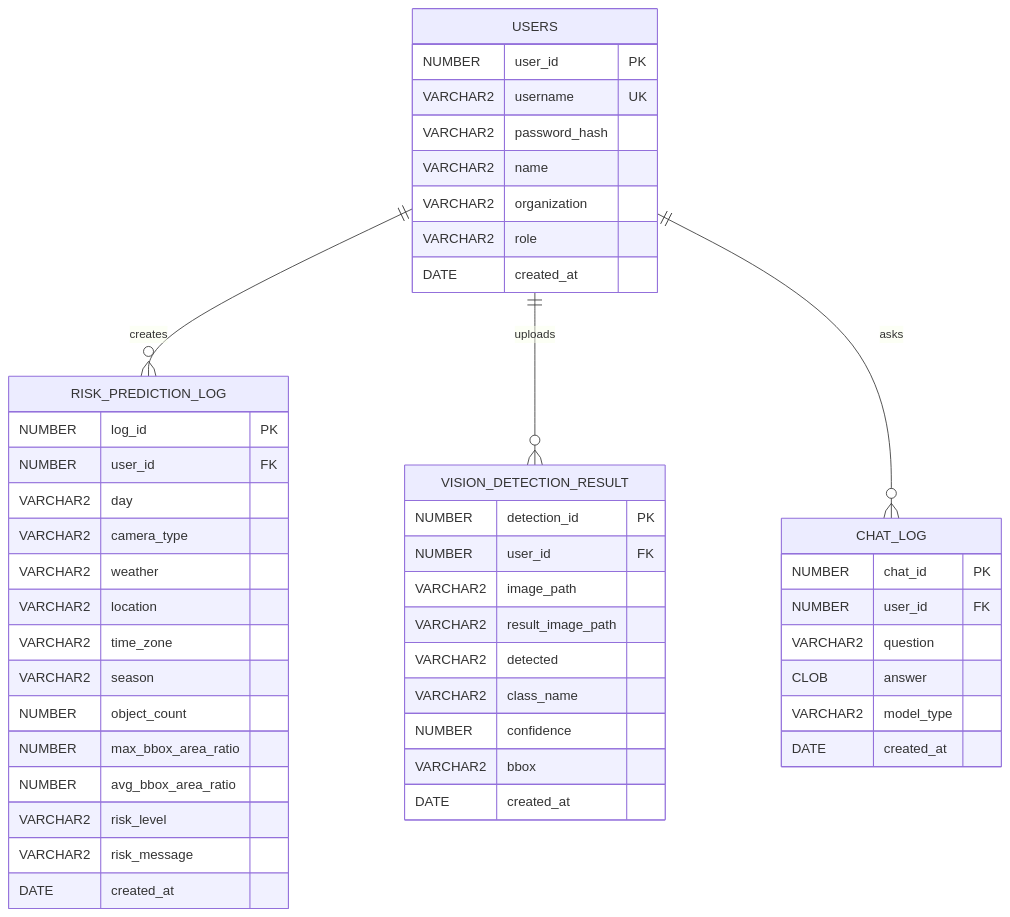
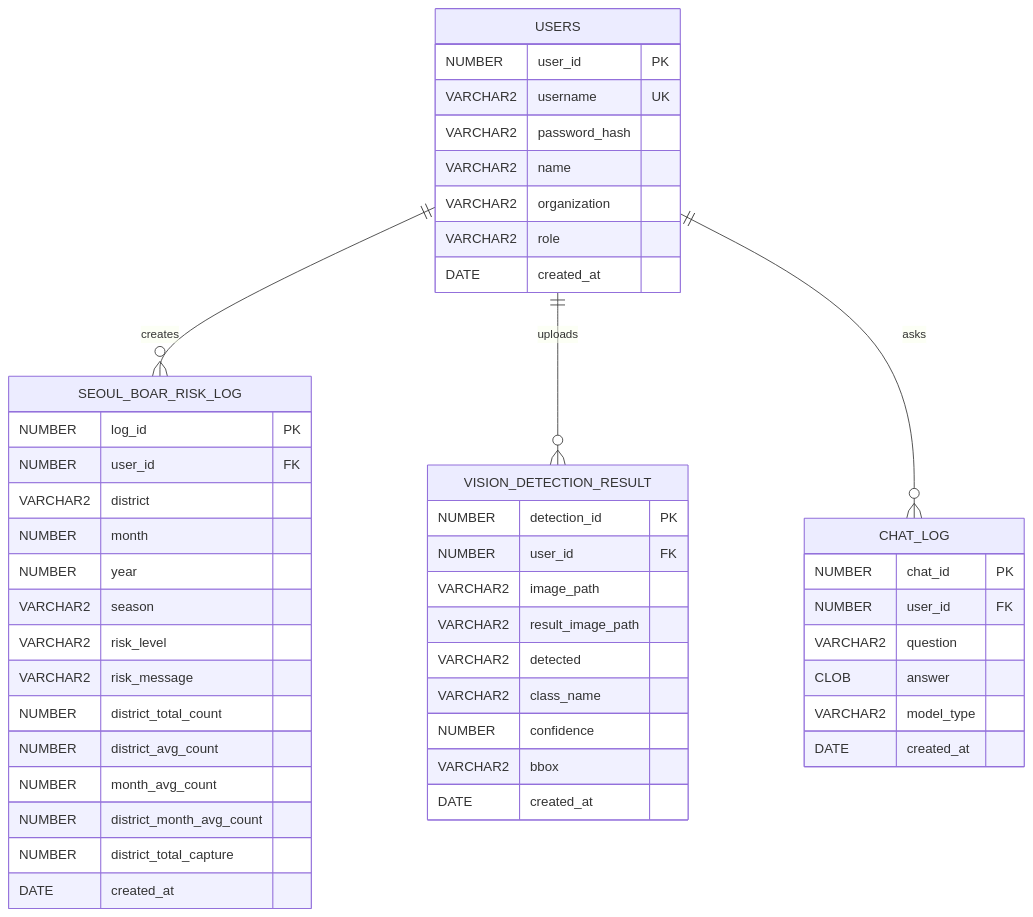
One commit to niabluelake/wildguard-ai changed the diagram in docs/ERD.md. Above: the diagram before and after it, drawn with Mermaid. The commit also changed other lines of this file and 7 other files, not shown here.

Commit message:
docs: update project docs for Seoul boar risk model

````diff
--- a/docs/ERD.md
+++ b/docs/ERD.md
@@ -8,54 +13,54 @@
 ```mermaid
 erDiagram
-    USERS ||--o{ RISK_PREDICTION_LOG : creates
+    USERS ||--o{ SEOUL_BOAR_RISK_LOG : creates
     USERS ||--o{ VISION_DETECTION_RESULT : uploads
     USERS ||--o{ CHAT_LOG : asks
 
     USERS {
         NUMBER user_id PK
         VARCHAR2 username UK
         VARCHAR2 password_hash
         VARCHAR2 name
         VARCHAR2 organization
         VARCHAR2 role
         DATE created_at
     }
 
-    RISK_PREDICTION_LOG {
+    SEOUL_BOAR_RISK_LOG {
         NUMBER log_id PK
         NUMBER user_id FK
-        VARCHAR2 day
-        VARCHAR2 camera_type
-        VARCHAR2 weather
-        VARCHAR2 location
-        VARCHAR2 time_zone
+        VARCHAR2 district
+        NUMBER month
+        NUMBER year
         VARCHAR2 season
-        NUMBER object_count
-        NUMBER max_bbox_area_ratio
-        NUMBER avg_bbox_area_ratio
         VARCHAR2 risk_level
         VARCHAR2 risk_message
+        NUMBER district_total_count
+        NUMBER district_avg_count
+        NUMBER month_avg_count
+        NUMBER district_month_avg_count
+        NUMBER district_total_capture
         DATE created_at
     }
 
     VISION_DETECTION_RESULT {
         NUMBER detection_id PK
         NUMBER user_id FK
         VARCHAR2 image_path
         VARCHAR2 result_image_path
         VARCHAR2 detected
         VARCHAR2 class_name
         NUMBER confidence
         VARCHAR2 bbox
         DATE created_at
     }
 
     CHAT_LOG {
         NUMBER chat_id PK
         NUMBER user_id FK
         VARCHAR2 question
         CLOB answer
         VARCHAR2 model_type
         DATE created_at
     }
 ```
````
